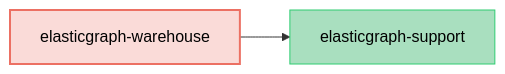
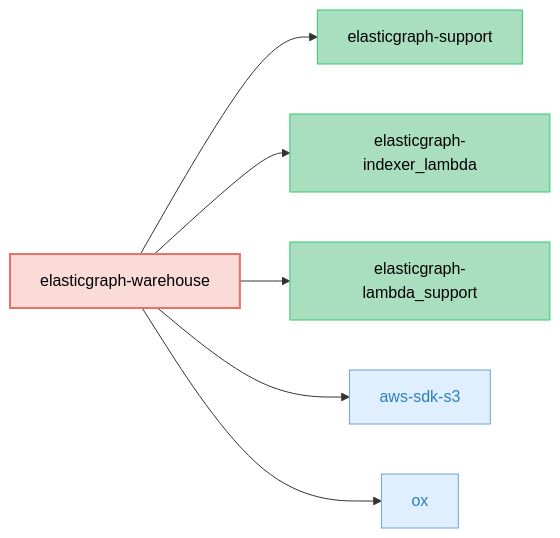
The diagram in elasticgraph-warehouse/README.md (block/elasticgraph), drawn with Mermaid before and after one commit. The commit also changed other lines of this file and 17 other files, not shown here.

Commit message:
Add lambda support to the warehouse gem.

````diff
--- a/elasticgraph-warehouse/README.md
+++ b/elasticgraph-warehouse/README.md
@@ -12,11 +14,32 @@
 ```mermaid
 graph LR;
     classDef targetGemStyle fill:#FADBD8,stroke:#EC7063,color:#000,stroke-width:2px;
     classDef otherEgGemStyle fill:#A9DFBF,stroke:#2ECC71,color:#000;
     classDef externalGemStyle fill:#E0EFFF,stroke:#70A1D7,color:#2980B9;
+
     elasticgraph-warehouse["elasticgraph-warehouse"];
     class elasticgraph-warehouse targetGemStyle;
+
     elasticgraph-support["elasticgraph-support"];
     elasticgraph-warehouse --> elasticgraph-support;
     class elasticgraph-support otherEgGemStyle;
+
+    elasticgraph-indexer_lambda["elasticgraph-indexer_lambda"];
+    elasticgraph-warehouse --> elasticgraph-indexer_lambda;
+    class elasticgraph-indexer_lambda otherEgGemStyle;
+
+    elasticgraph-lambda_support["elasticgraph-lambda_support"];
+    elasticgraph-warehouse --> elasticgraph-lambda_support;
+    class elasticgraph-lambda_support otherEgGemStyle;
+
+    aws-sdk-s3["aws-sdk-s3"];
+    elasticgraph-warehouse --> aws-sdk-s3;
+    class aws-sdk-s3 externalGemStyle;
+
+    ox["ox"];
+    elasticgraph-warehouse --> ox;
+    class ox externalGemStyle;
+
+    click aws-sdk-s3 href "https://rubygems.org/gems/aws-sdk-s3" "Open on RubyGems.org" _blank;
+    click ox href "https://rubygems.org/gems/ox" "Open on RubyGems.org" _blank;
 ```
````
